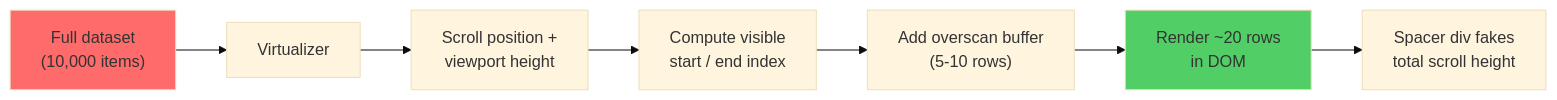
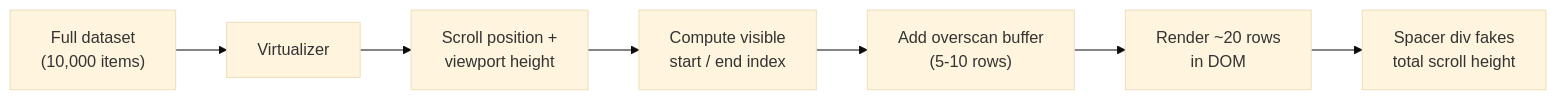
Before and after one commit to BabaScience/react-guides: the fourth of 5 diagrams in arguments/chapters/09-performance-optimization.md, drawn with Mermaid (base theme). The commit also changed other lines of this file and 29 other files, not shown here.

First line of the commit message:
Bring React FR/IT translations to full English parity + theme-safe diagrams

````diff
--- a/arguments/chapters/09-performance-optimization.md
+++ b/arguments/chapters/09-performance-optimization.md
@@ -1187,12 +1177,10 @@
 ```mermaid
 flowchart LR
     A["Full dataset<br/>(10,000 items)"] --> B["Virtualizer"]
     B --> C["Scroll position +<br/>viewport height"]
     C --> D["Compute visible<br/>start / end index"]
     D --> E["Add overscan buffer<br/>(5-10 rows)"]
     E --> F["Render ~20 rows<br/>in DOM"]
     F --> G["Spacer div fakes<br/>total scroll height"]
 
-    style A fill:#ff6b6b
-    style F fill:#51cf66
 ```
````
